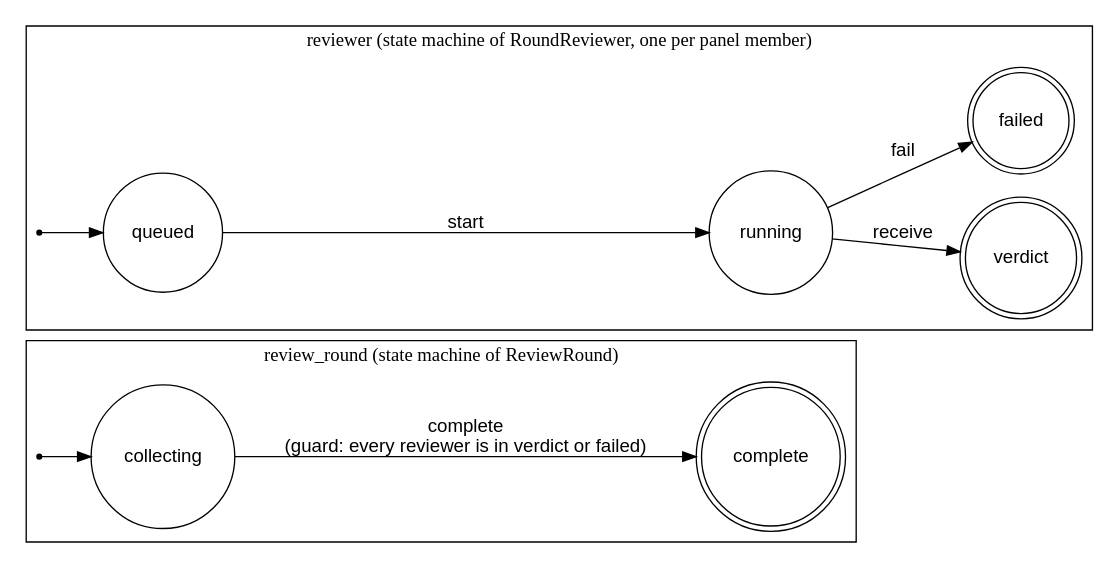
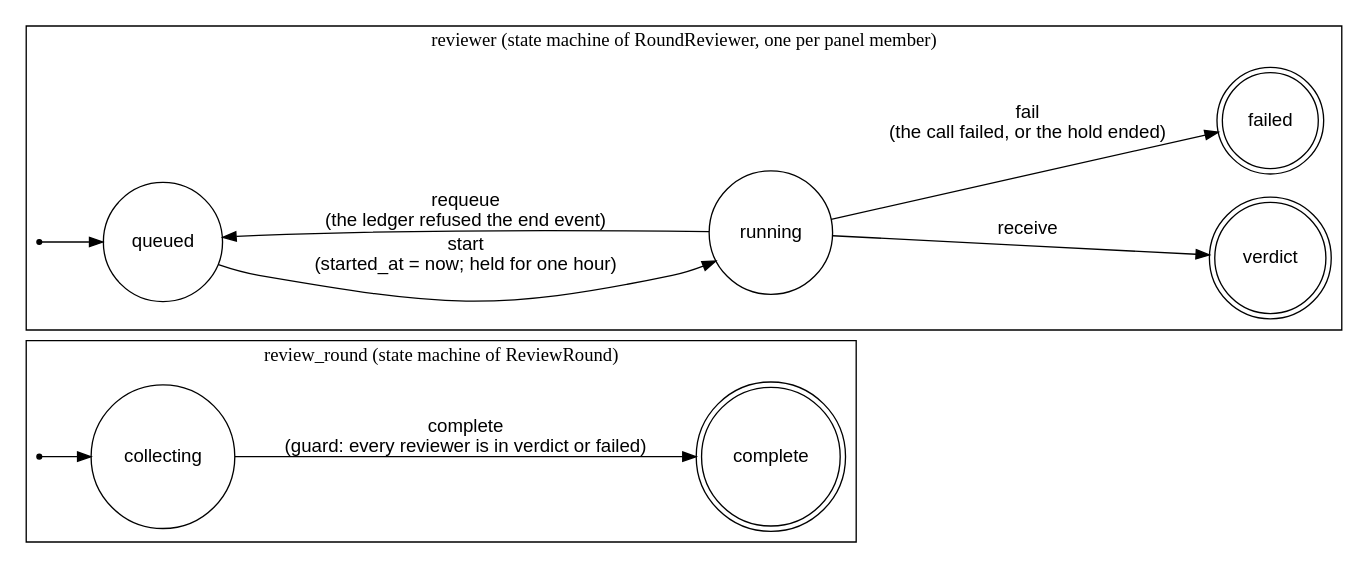
One commit to shinyredapples/intakt changed the diagram in docs/architecture/review-round.dot. Above: the diagram before and after it, drawn with Graphviz. The commit also changed 35 other files, not shown here.

Commit message:
fix(review): hold a running reviewer for its worker and record each end with its ledger event

```diff
--- a/docs/architecture/review-round.dot
+++ b/docs/architecture/review-round.dot
@@ -1,29 +1,30 @@
 // The state machines of a review round (plan task T9, part 2). Render with: dot -Tsvg review-round.dot
-// The places and transitions are the cases of RoundState, RoundTransition, ReviewerState and ReviewerTransition in src/Core/Review/Domain/, which config/packages/workflow.php turns into the two workflows.
+// The places and transitions are the cases of RoundState, ReviewerState and ReviewerTransition and the constant ReviewRound::COMPLETION in src/Core/Review/Domain/, which config/packages/workflow.php turns into the two workflows.
 digraph review_round {
     rankdir=LR;
     node [shape=circle, fontname="Helvetica"];
     edge [fontname="Helvetica"];
 
     subgraph cluster_round {
         label="review_round (state machine of ReviewRound)";
         round_start [shape=point, label=""];
         collecting;
         complete [shape=doublecircle];
         round_start -> collecting;
         collecting -> complete [label="complete\n(guard: every reviewer is in verdict or failed)"];
     }
 
     subgraph cluster_reviewer {
         label="reviewer (state machine of RoundReviewer, one per panel member)";
         reviewer_start [shape=point, label=""];
         queued;
         running;
         verdict [shape=doublecircle];
         failed [shape=doublecircle];
         reviewer_start -> queued;
-        queued -> running [label="start"];
+        queued -> running [label="start\n(started_at = now; held for one hour)"];
         running -> verdict [label="receive"];
-        running -> failed [label="fail"];
+        running -> failed [label="fail\n(the call failed, or the hold ended)"];
+        running -> queued [label="requeue\n(the ledger refused the end event)"];
     }
 }
```
